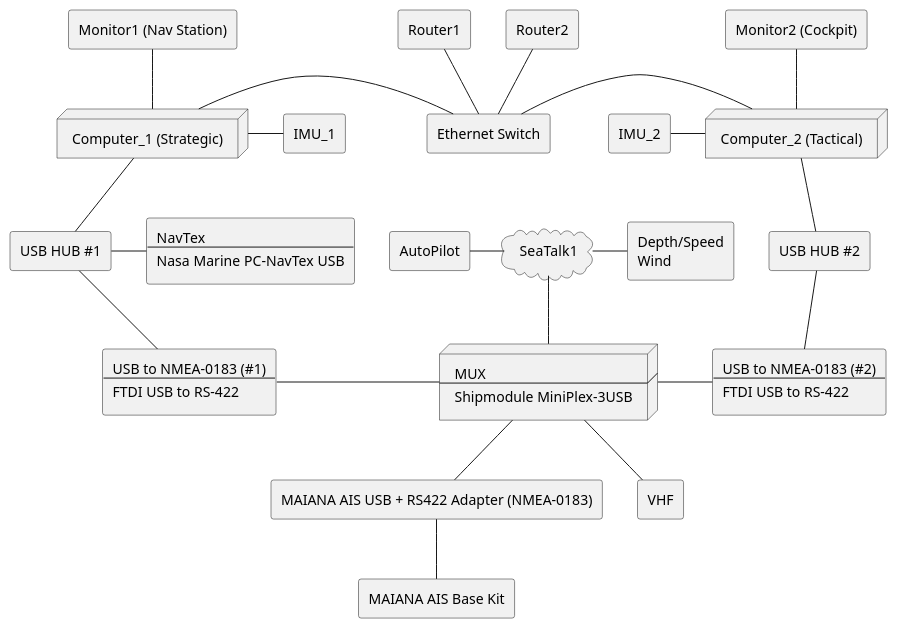
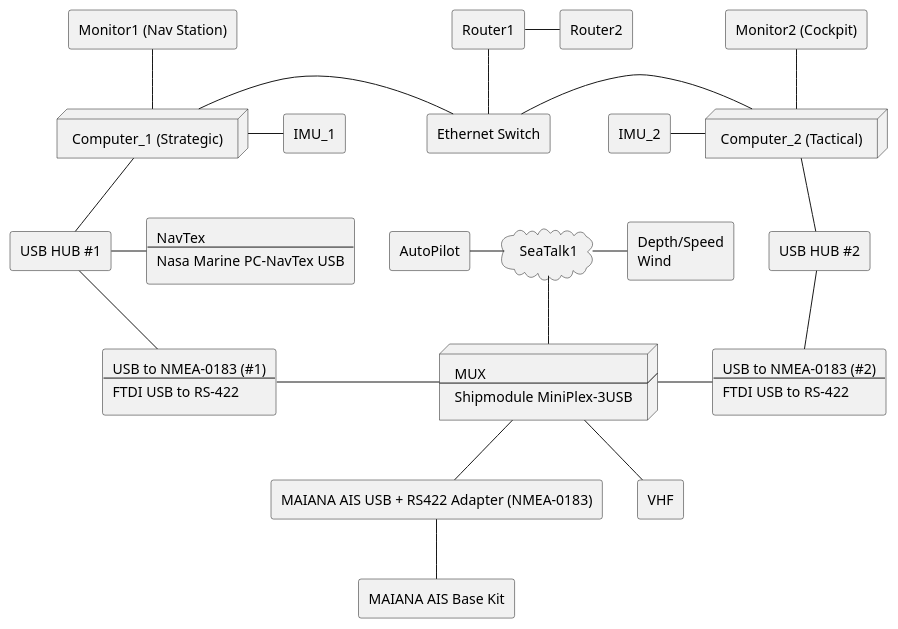
The diagram in docs/plantuml/two-comp-arch.puml (SY-Alcazar/SY-Alcazar), drawn with PlantUML before and after one commit. The commit also changed 1 other file, not shown here.

```diff
--- a/docs/plantuml/two-comp-arch.puml
+++ b/docs/plantuml/two-comp-arch.puml
@@ -1,128 +1,128 @@
 @startuml
 
 rectangle AIS [
  MAIANA AIS Base Kit
 ]
 
 rectangle AIS_to_NMEA [
  MAIANA AIS USB + RS422 Adapter (NMEA-0183)
 ]
 
 node MUX [
  MUX
  ----
  Shipmodule MiniPlex-3USB
 ]
 
 node comp1 [
  Computer_1 (Strategic)
 ]
 
 node comp2 [
  Computer_2 (Tactical)
 ]
 
 rectangle usb_hub1 [
  USB HUB #1
 ]
 
 rectangle usb_hub2 [
  USB HUB #2
 ]
 
 
 rectangle router1 [
  Router1
 ]
 
 rectangle router2 [
  Router2
 ]
 
 rectangle Eth_switch [
  Ethernet Switch
 ]
 
 rectangle mon1 [
  Monitor1 (Nav Station)
 ]
 
 rectangle mon2 [
  Monitor2 (Cockpit)
 ]
 
 rectangle USB_to_Serial1 [
  USB to NMEA-0183 (#1)
  ----
  FTDI USB to RS-422
 ]
 
 rectangle USB_to_Serial2 [
  USB to NMEA-0183 (#2)
  ----
  FTDI USB to RS-422
 ]
 
 cloud seatalk [
  SeaTalk1
 ]
 
 rectangle instr [
  Depth/Speed
  Wind
 ]
 
 rectangle AP [
  AutoPilot
 ]
 
 rectangle IMU1 [
  IMU_1
 ]
 
 rectangle IMU2 [
  IMU_2
 ]
 
 rectangle VHF [
  VHF
 ]
 
 rectangle NavTex [
  NavTex
  ----
  Nasa Marine PC-NavTex USB
 ]
 
 AIS -u- AIS_to_NMEA
 
 MUX -- AIS_to_NMEA
 MUX -l- USB_to_Serial1
 MUX -r- USB_to_Serial2
 MUX -u- seatalk
 MUX -- VHF
 
 seatalk -r- instr
 seatalk -l- AP
 
 comp1 -u- mon1
 comp2 -u- mon2
 
 comp1 -r- IMU1
 comp2 -l- IMU2
 
 usb_hub1 -r- NavTex
 
 comp1 -d- usb_hub1
 comp2 -d- usb_hub2
 
 usb_hub1 -- USB_to_Serial1
 usb_hub2 -- USB_to_Serial2
 
-Eth_switch -u- router2
+router1 -r- router2
 Eth_switch -u- router1
 
 Eth_switch -l- comp1
 Eth_switch -r- comp2
 
 @enduml
```
